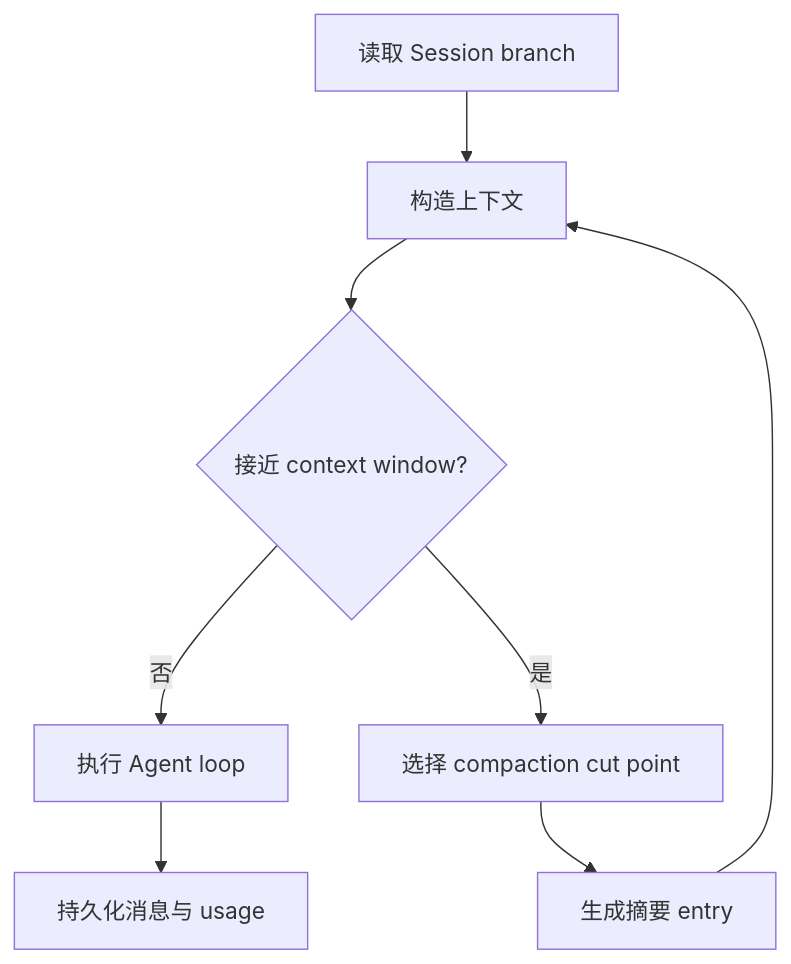
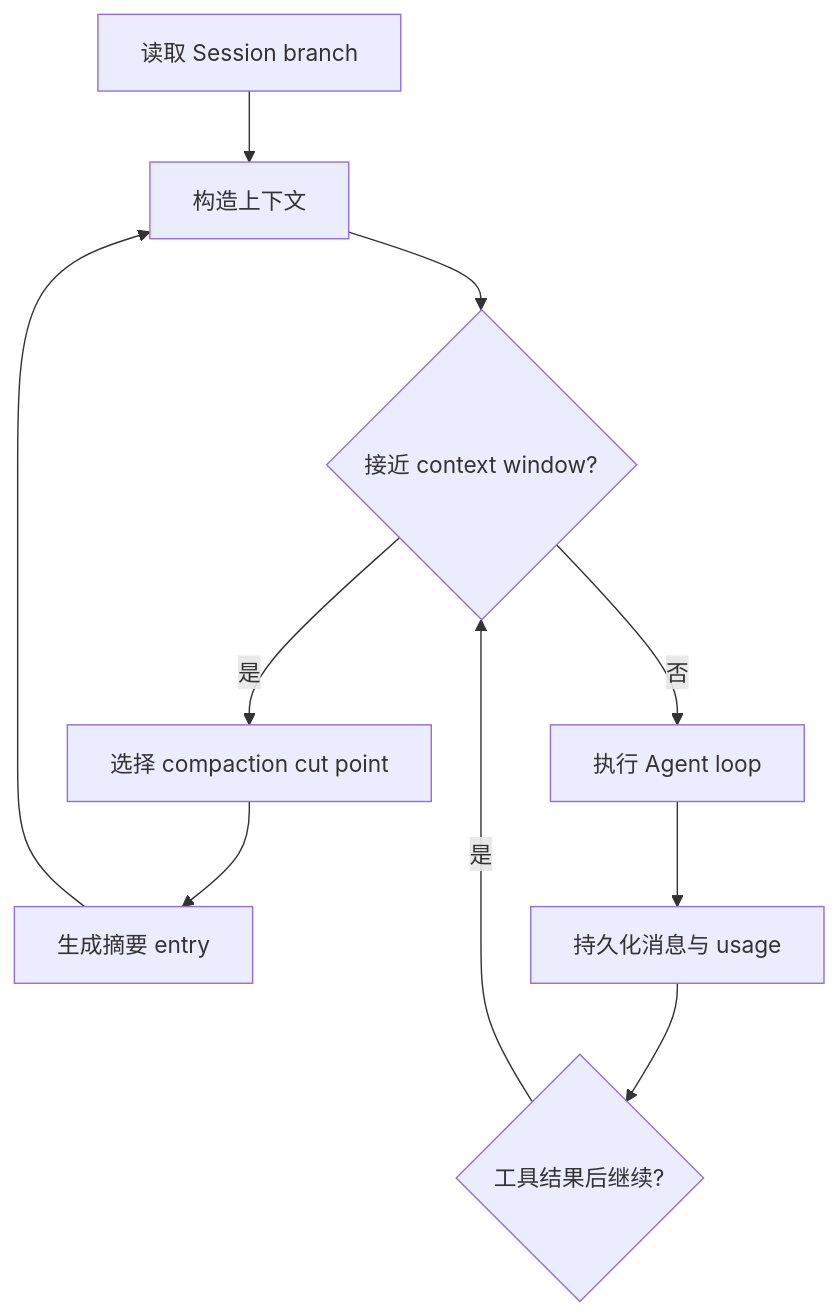
One commit to bigfish1913/pi-rust changed the diagram in docs/promotion/14-context-compaction-and-skills.md. Above: the diagram before and after it, drawn with Mermaid. The commit also changed other lines of this file and 91 other files, not shown here.

````diff
--- a/docs/promotion/14-context-compaction-and-skills.md
+++ b/docs/promotion/14-context-compaction-and-skills.md
@@ -7,10 +7,12 @@
 ```mermaid
 flowchart TD
     Start[读取 Session branch] --> Build[构造上下文]
     Build --> Budget{接近 context window?}
     Budget -->|否| Run[执行 Agent loop]
     Budget -->|是| Prepare[选择 compaction cut point]
     Prepare --> Summary[生成摘要 entry]
     Summary --> Build
     Run --> Persist[持久化消息与 usage]
+    Persist --> Check{工具结果后继续?}
+    Check -->|是| Budget
 ```
````
